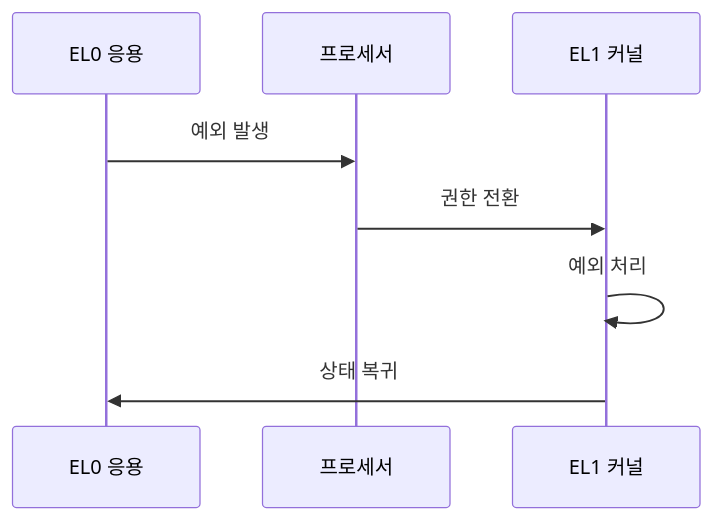
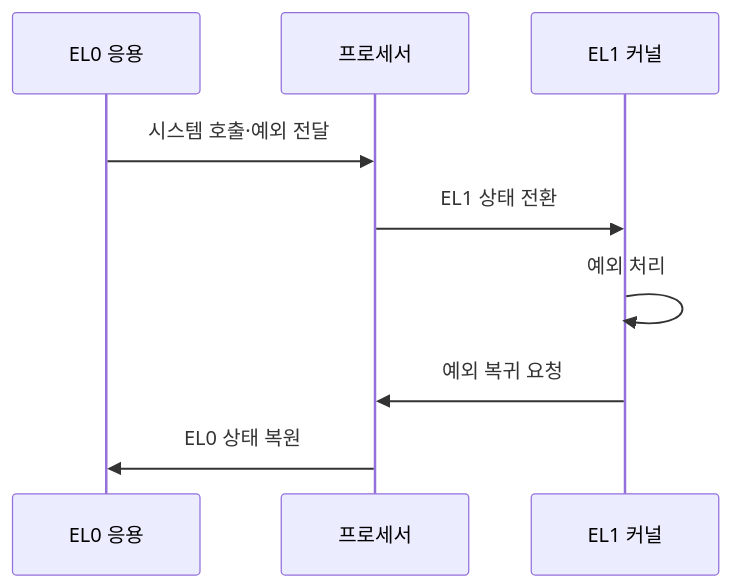
One commit to agnusdei1207/knowledge-base changed the second of 2 diagrams in src/content/docs/notes/02-hardware/005_arm_architecture.md. Above: the diagram before and after it, drawn with Mermaid. The commit also changed other lines of this file and 7 other files, not shown here.

````diff
--- a/src/content/docs/notes/02-hardware/005_arm_architecture.md
+++ b/src/content/docs/notes/02-hardware/005_arm_architecture.md
@@ -88,10 +88,11 @@
 ```mermaid
 sequenceDiagram
     participant A as EL0 응용
     participant P as 프로세서
     participant K as EL1 커널
-    A->>P: 예외 발생
-    P->>K: 권한 전환
+    A->>P: 시스템 호출·예외 전달
+    P->>K: EL1 상태 전환
     K->>K: 예외 처리
-    K->>A: 상태 복귀
+    K->>P: 예외 복귀 요청
+    P->>A: EL0 상태 복원
 ```
````
